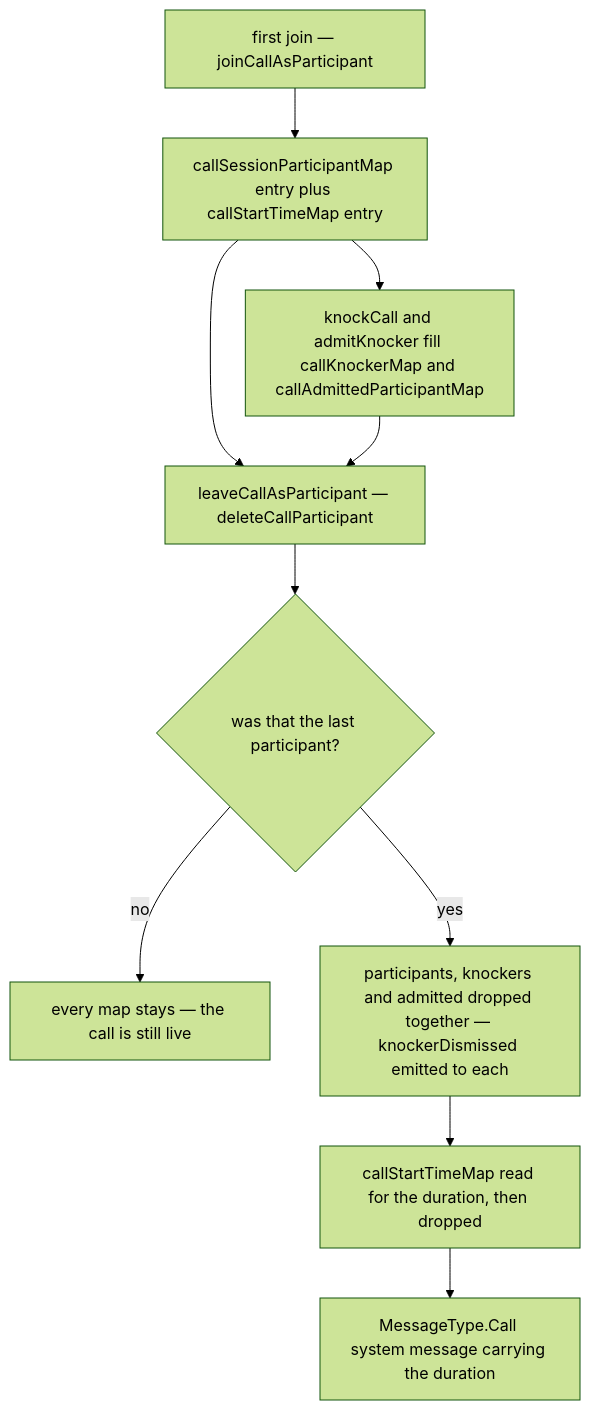
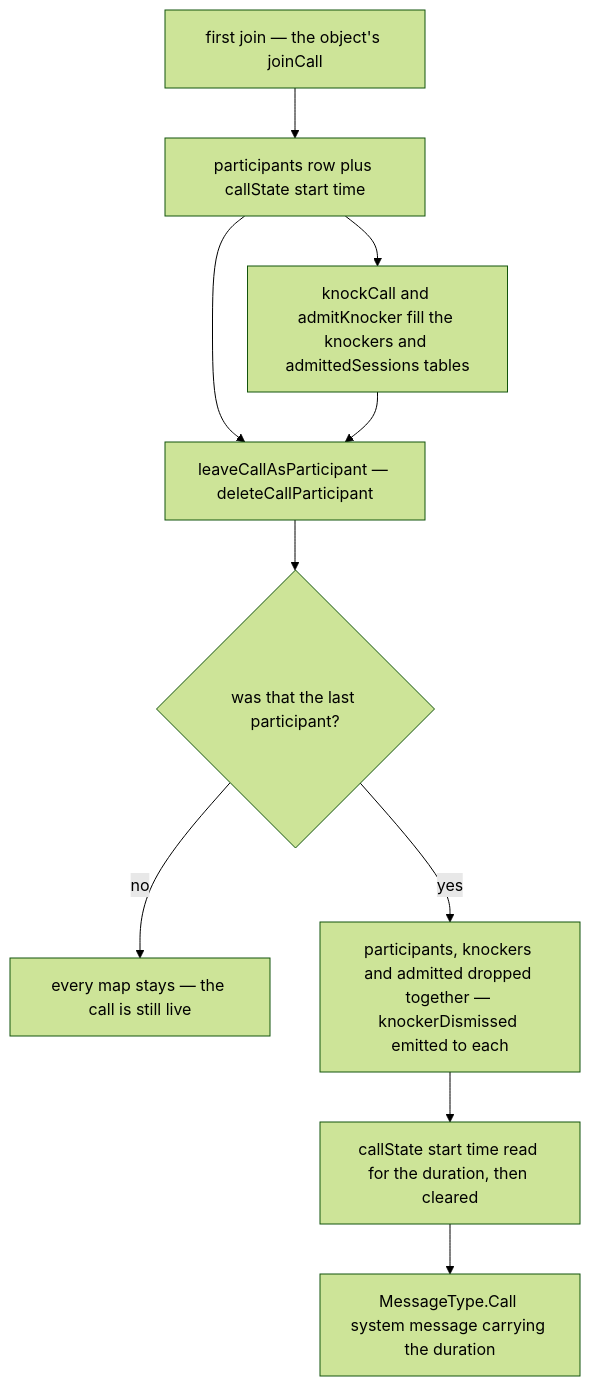
One commit to Esposter/Esposter changed the third of 3 diagrams in openspec/specs/esbabbler/calls/README.md. Above: the diagram before and after it, drawn with Mermaid (forest theme). The commit also changed other lines of this file and 7 other files, not shown here.

First line of the commit message:
refactor(web): the call routers, knocks and the RealtimeKit webhook authorise in D1 and call the call's object

````diff
--- a/openspec/specs/esbabbler/calls/README.md
+++ b/openspec/specs/esbabbler/calls/README.md
@@ -78,12 +78,12 @@
 ```mermaid
 flowchart TD
-  JOIN["first join — joinCallAsParticipant"] --> CREATE["callSessionParticipantMap entry plus callStartTimeMap entry"]
-  CREATE --> KNOCK["knockCall and admitKnocker fill callKnockerMap and callAdmittedParticipantMap"]
+  JOIN["first join — the object's joinCall"] --> CREATE["participants row plus callState start time"]
+  CREATE --> KNOCK["knockCall and admitKnocker fill the knockers and admittedSessions tables"]
   CREATE --> LEAVE["leaveCallAsParticipant — deleteCallParticipant"]
   KNOCK --> LEAVE
   LEAVE --> LAST{"was that the last participant?"}
   LAST -->|"no"| KEEP["every map stays — the call is still live"]
   LAST -->|"yes"| TEARDOWN["participants, knockers and admitted dropped together — knockerDismissed emitted to each"]
-  TEARDOWN --> DURATION["callStartTimeMap read for the duration, then dropped"]
+  TEARDOWN --> DURATION["callState start time read for the duration, then cleared"]
   DURATION --> SUMMARY["MessageType.Call system message carrying the duration"]
 ```
````
